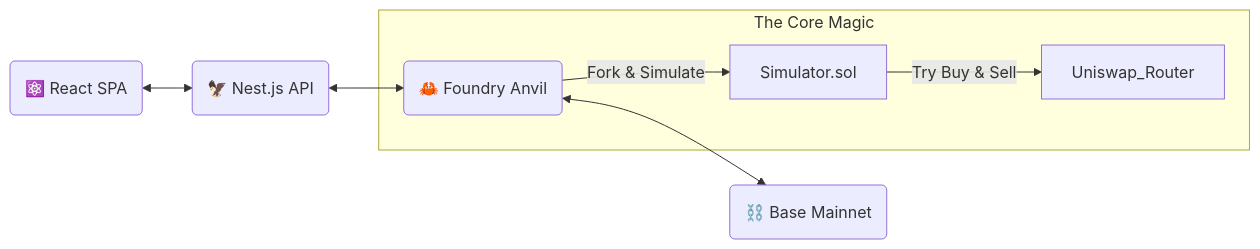
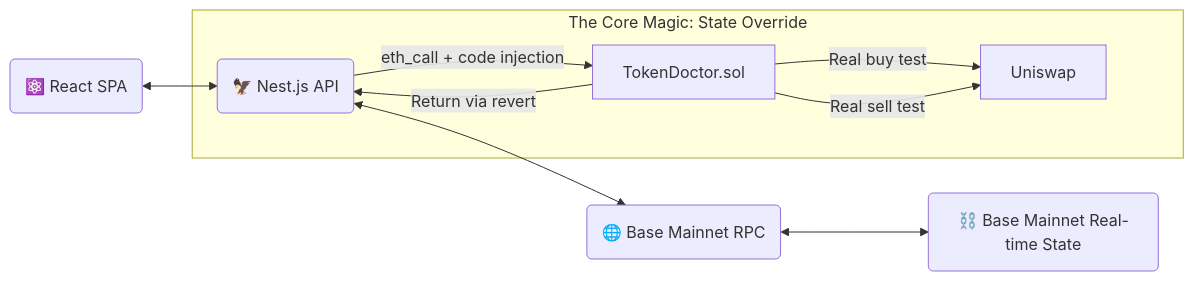
The diagram in README.md (huicanvie/chuizi-token-doctor), drawn with Mermaid before and after one commit. The commit also changed other lines of this file and 28 other files, not shown here.

````diff
--- a/README.md
+++ b/README.md
@@ -77,11 +82,14 @@
 ```mermaid
 graph LR
     Client(⚛️ React SPA) <--> API(🦅 Nest.js API)
-    API <--> Engine(🦀 Foundry Anvil)
-    Engine <--> BaseChain(⛓️ Base Mainnet)
+    API <--> RPC(🌐 Base Mainnet RPC)
     
-    subgraph "The Core Magic"
-    Engine -- "Fork & Simulate" --> Simulator.sol
-    Simulator.sol -- "Try Buy & Sell" --> Uniswap_Router
+    subgraph "The Core Magic: State Override"
+    API -- "eth_call + code injection" --> Doctor[TokenDoctor.sol]
+    Doctor -- "Real buy test" --> Uniswap
+    Doctor -- "Real sell test" --> Uniswap
+    Doctor -- "Return via revert" --> API
     end
+    
+    RPC <--> BaseChain(⛓️ Base Mainnet Real-time State)
 ```
````
